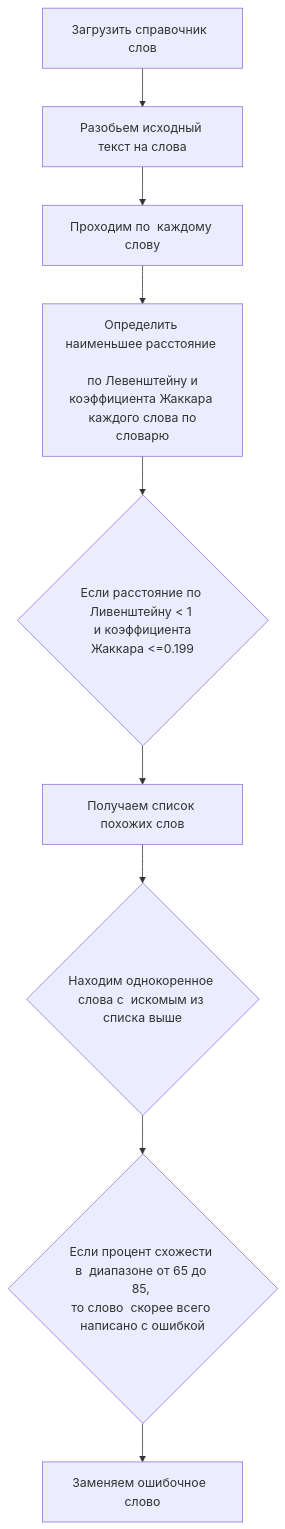
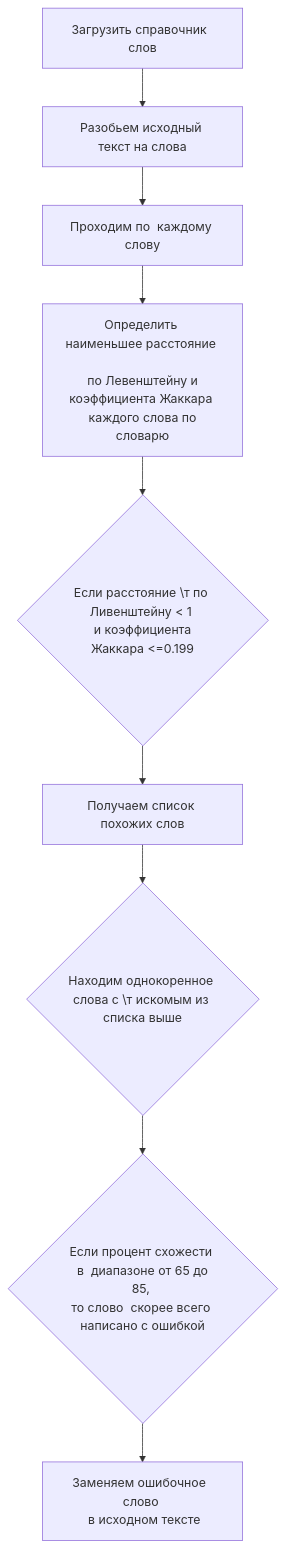
Before and after one commit to Barolina/search_spelling_errors: the diagram in README.MD, drawn with Mermaid.

````diff
--- a/README.MD
+++ b/README.MD
@@ -23,22 +23,22 @@
 ```mermaid
 flowchart TB
 	A[Загрузить справочник  слов]
 	B[Разобьем исходный текст на слова]
 	C[Проходим по  каждому слову]		
 	M[Определить наименьшее расстояние  \n по Левенштейну и коэффициента Жаккара \n каждого слова по словарю]
-	D{Если расстояние по Ливенштейну < 1 \n и коэффициента Жаккара <=0.199}
+	D{Если расстояние \т по Ливенштейну < 1 \n и коэффициента Жаккара <=0.199}
 	H[Получаем список похожих слов]
-	J{Находим однокоренное слова с  искомым из списка выше}
-	K{Если процент схожести в  диапазоне от 65 до 85, \n то слово  скорее всего  написано с ошибкой}
-	L[Заменяем ошибочное  слово]
+	J{Находим однокоренное слова с \т искомым из списка выше}
+	K{Если процент схожести \n в  диапазоне от 65 до 85, \n то слово  скорее всего  написано с ошибкой}
+	L[Заменяем ошибочное  слово \n в исходном тексте]
 	A --> B
 	B --> C	 	
 	C --> M	
 	M --> D
 	D --> H	
 	H --> J
 	J --> K	
 	K --> L
 	
 
 ```
````
